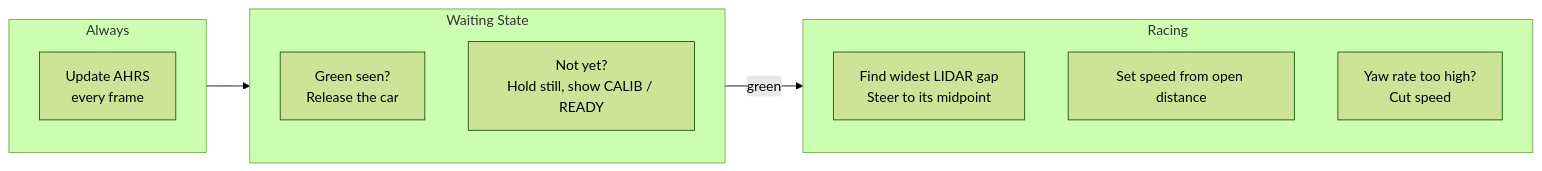
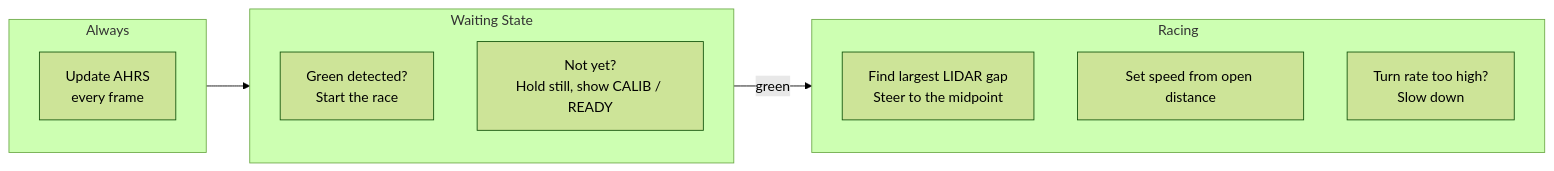
One commit to paul-sopin/team4-bwsiracecar-grandprix changed the second of 2 diagrams in README.md. Above: the diagram before and after it, drawn with Mermaid (forest theme). The commit also changed other lines of this file, not shown here.

````diff
--- a/README.md
+++ b/README.md
@@ -51,19 +51,19 @@
 ```mermaid
 flowchart LR
     subgraph Always
         S1["Update AHRS<br/>every frame"]
     end
 
     subgraph Waiting["Waiting State"]
-        A1["Green seen?<br/>Release the car"]
+        A1["Green detected?<br/>Start the race"]
         A2["Not yet?<br/>Hold still, show CALIB / READY"]
     end
 
     subgraph Racing
-        B1["Find widest LIDAR gap<br/>Steer to its midpoint"]
+        B1["Find largest LIDAR gap<br/>Steer to the midpoint"]
         B2["Set speed from open distance"]
-        B3["Yaw rate too high?<br/>Cut speed"]
+        B3["Turn rate too high?<br/>Slow down"]
     end
 
     Always --> Waiting -->|green| Racing
 ```
````
